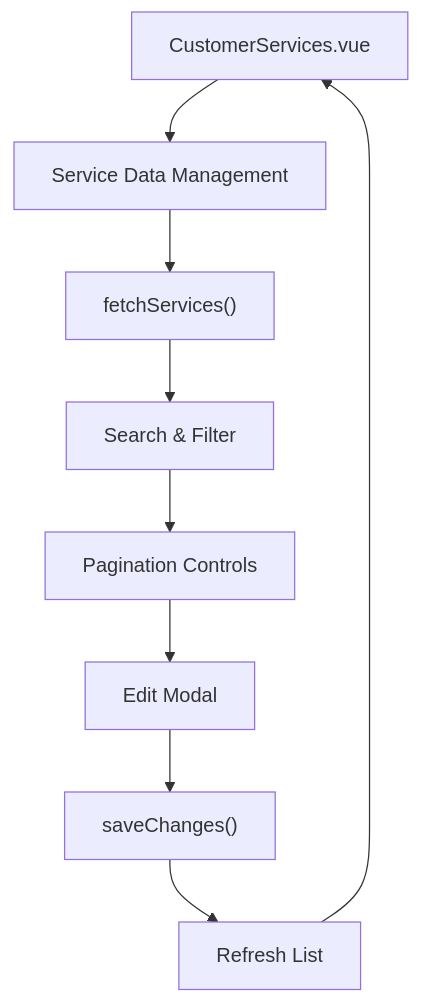
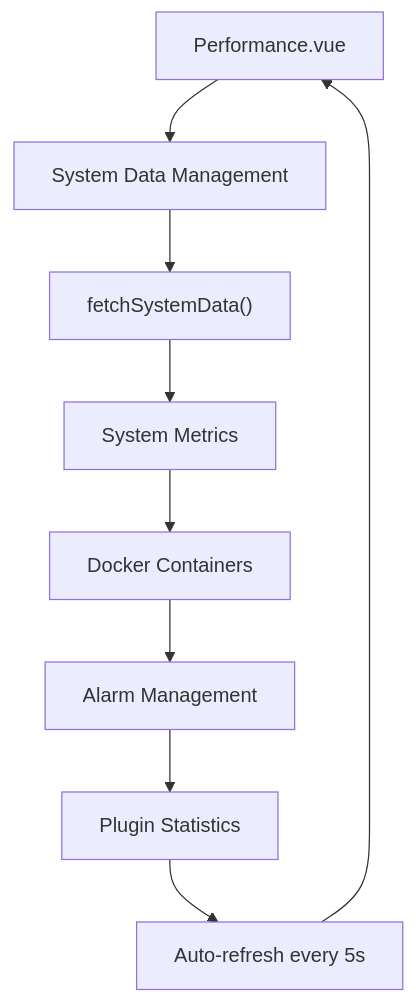
The tenth of 22 diagrams in .qoder/repowiki/en/content/Plugin System Architecture/Plugin System Architecture.md (Nikita5543/New-SSO-02), drawn with Mermaid before and after one commit. The commit also changed other lines of this file and 7 other files, not shown here.

Commit message:
Add Create Service functionality to Customer Services plugin

````diff
--- a/.qoder/repowiki/en/content/Plugin System Architecture/Plugin System Architecture.md
+++ b/.qoder/repowiki/en/content/Plugin System Architecture/Plugin System Architecture.md
@@ -403,11 +428,11 @@
 ```mermaid
 flowchart TD
-Component["CustomerServices.vue"] --> Data["Service Data Management"]
-Data --> Fetch["fetchServices()"]
-Fetch --> Search["Search & Filter"]
-Search --> Pagination["Pagination Controls"]
-Pagination --> Modal["Edit Modal"]
-Modal --> Update["saveChanges()"]
-Update --> Refresh["Refresh List"]
-Refresh --> Component
+Component["Performance.vue"] --> Data["System Data Management"]
+Data --> Fetch["fetchSystemData()"]
+Fetch --> Metrics["System Metrics"]
+Metrics --> Containers["Docker Containers"]
+Containers --> Alarms["Alarm Management"]
+Alarms --> Stats["Plugin Statistics"]
+Stats --> Update["Auto-refresh every 5s"]
+Update --> Component
 ```
````
